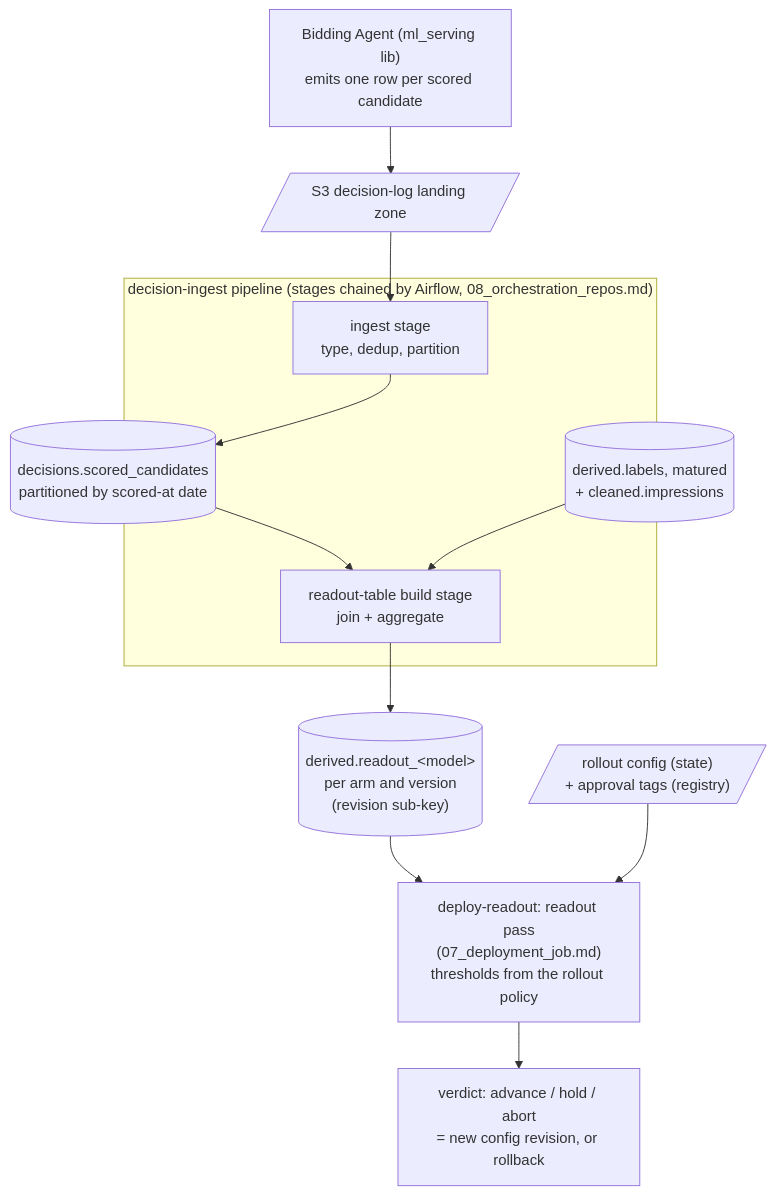
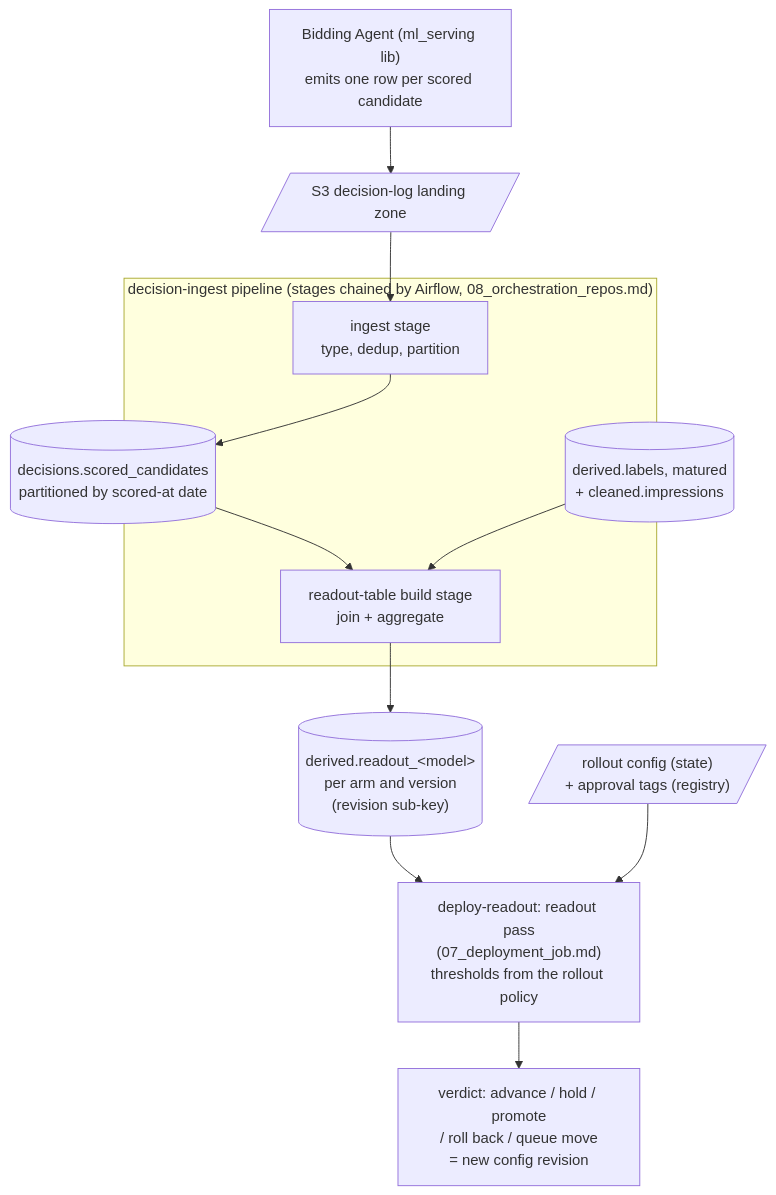
The second of 3 diagrams in design_docs/09_monitoring.md (cunha-sigma/ml_offline), drawn with Mermaid before and after one commit. The commit also changed other lines of this file and 16 other files, not shown here.

````diff
--- a/design_docs/09_monitoring.md
+++ b/design_docs/09_monitoring.md
@@ -78,26 +83,26 @@
 ```mermaid
 flowchart TB
   AGENT["Bidding Agent (ml_serving lib)<br/>emits one row per scored candidate"]
   LAND[/"S3 decision-log landing zone"/]
 
   subgraph PIPE["decision-ingest pipeline (stages chained by Airflow, 08_orchestration_repos.md)"]
     ING["ingest stage<br/>type, dedup, partition"]
     RTB["readout-table build stage<br/>join + aggregate"]
   end
 
   DEC[("decisions.scored_candidates<br/>partitioned by scored-at date")]
   LBLS[("derived.labels, matured<br/>+ cleaned.impressions")]
   RO[("derived.readout_&lt;model&gt;<br/>per arm and version<br/>(revision sub-key)")]
 
   CFGS[/"rollout config (state)<br/>+ approval tags (registry)"/]
   PASS["deploy-readout: readout pass<br/>(07_deployment_job.md)<br/>thresholds from the rollout policy"]
-  VER["verdict: advance / hold / abort<br/>= new config revision, or rollback"]
+  VER["verdict: advance / hold / promote<br/>/ roll back / queue move<br/>= new config revision"]
 
   AGENT --> LAND --> ING --> DEC
   DEC --> RTB
   LBLS --> RTB
   RTB --> RO
   RO --> PASS
   CFGS --> PASS
   PASS --> VER
 ```
````
